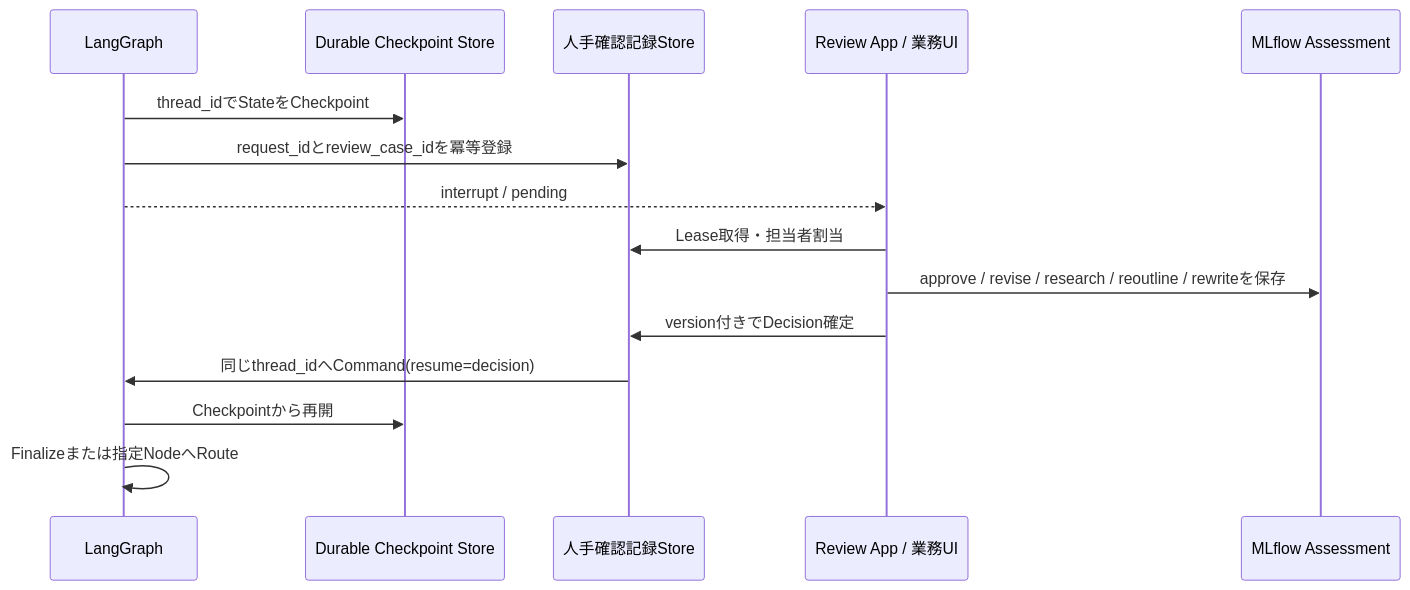
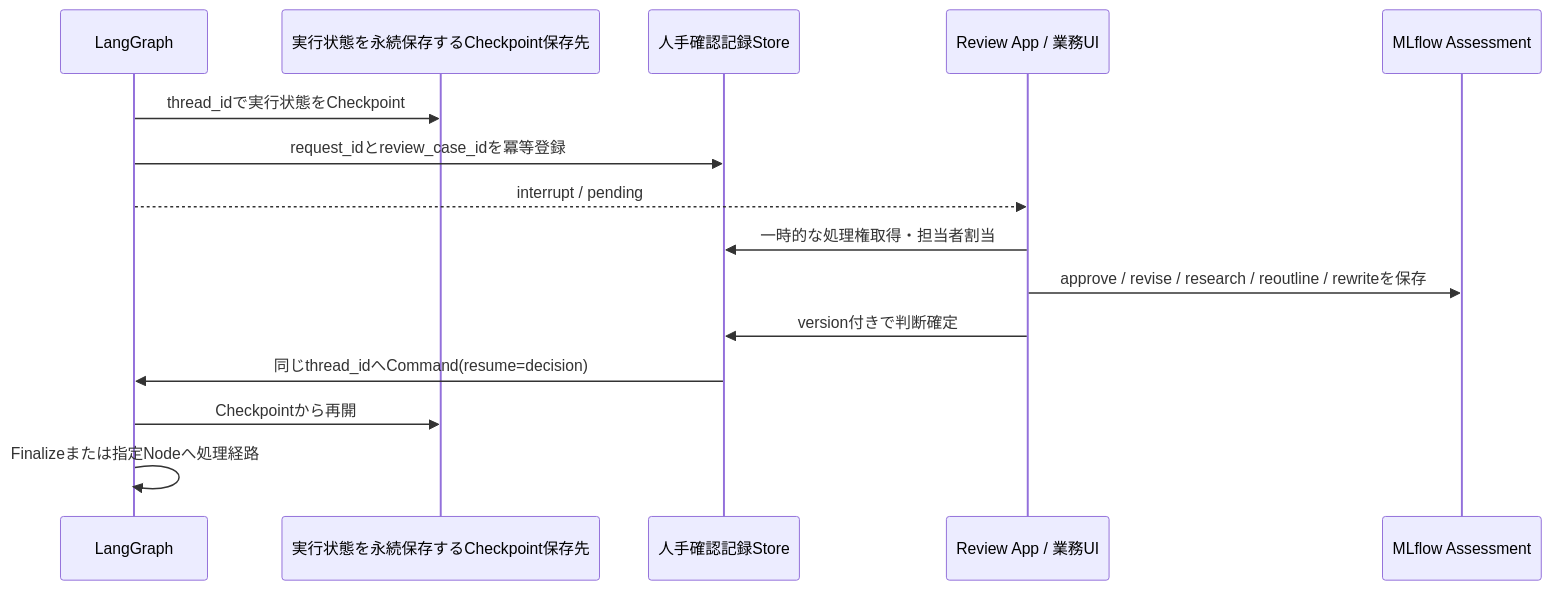
Before and after one commit to junTaniguchi/llm_ops: diagram 13 of 18 in 技術レポート作成マルチエージェント_完成版.md, drawn with Mermaid. The commit also changed other lines of this file, not shown here.

````diff
--- a/技術レポート作成マルチエージェント_完成版.md
+++ b/技術レポート作成マルチエージェント_完成版.md
@@ -2643,18 +2977,18 @@
 ```mermaid
 sequenceDiagram
     participant G as LangGraph
-    participant C as Durable Checkpoint Store
+    participant C as 実行状態を永続保存するCheckpoint保存先
     participant Q as 人手確認記録Store
     participant U as Review App / 業務UI
     participant M as MLflow Assessment
 
-    G->>C: thread_idでStateをCheckpoint
+    G->>C: thread_idで実行状態をCheckpoint
     G->>Q: request_idとreview_case_idを冪等登録
     G-->>U: interrupt / pending
-    U->>Q: Lease取得・担当者割当
+    U->>Q: 一時的な処理権取得・担当者割当
     U->>M: approve / revise / research / reoutline / rewriteを保存
-    U->>Q: version付きでDecision確定
+    U->>Q: version付きで判断確定
     Q->>G: 同じthread_idへCommand(resume=decision)
     G->>C: Checkpointから再開
-    G->>G: Finalizeまたは指定NodeへRoute
+    G->>G: Finalizeまたは指定Nodeへ処理経路
 ```
````
